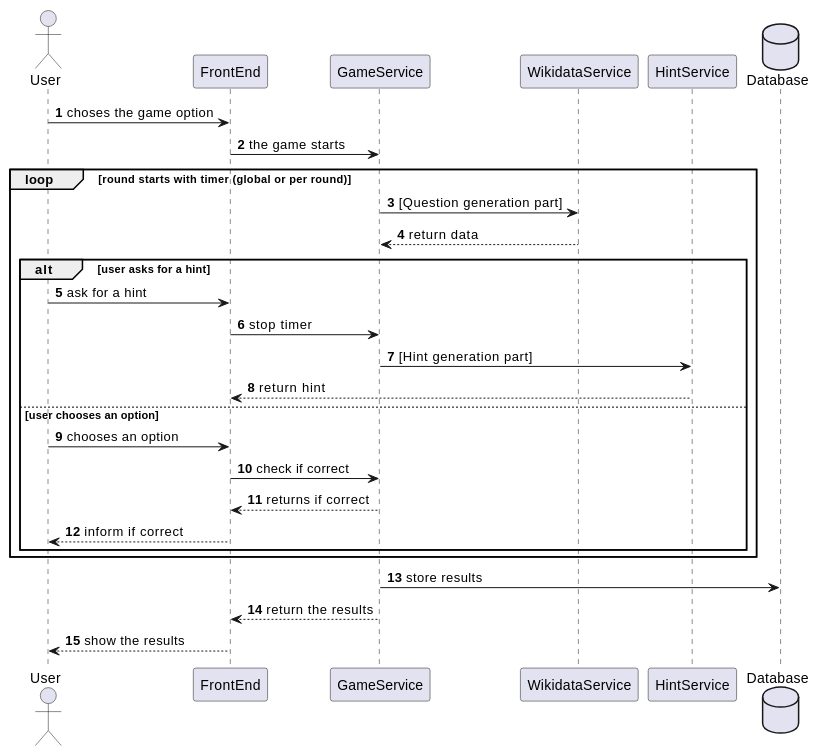
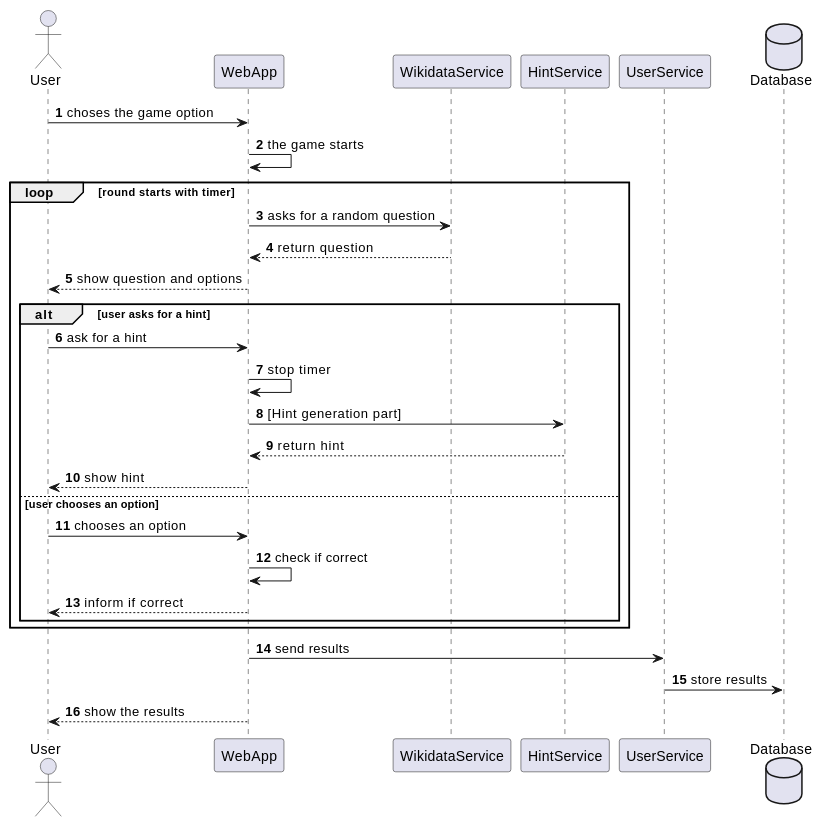
The third of 5 diagrams in docs/src/06_runtime_view.adoc (Arquisoft/wichat_en3a), drawn with PlantUML before and after one commit. The commit also changed other lines of this file, not shown here.

```diff
--- a/docs/src/06_runtime_view.adoc
+++ b/docs/src/06_runtime_view.adoc
@@ -95,32 +96,33 @@
 [plantuml,"Game diagram",png]
 ----
 autonumber
 actor User
-participant FrontEnd
-participant GameService
+participant WebApp
 participant WikidataService
 participant HintService
+participant UserService
 database Database
 
-User -> FrontEnd: choses the game option
-FrontEnd -> GameService: the game starts
-loop round starts with timer (global or per round)
-    GameService -> WikidataService: [Question generation part]
-    WikidataService --> GameService: return data
+User -> WebApp: choses the game option
+WebApp -> WebApp: the game starts
+loop round starts with timer
+    WebApp -> WikidataService: asks for a random question
+    WikidataService --> WebApp: return question
+    WebApp --> User: show question and options
     alt user asks for a hint
-        User -> FrontEnd: ask for a hint
-        FrontEnd -> GameService: stop timer
-        GameService -> HintService: [Hint generation part]
-        HintService --> FrontEnd: return hint
+        User -> WebApp: ask for a hint
+        WebApp -> WebApp: stop timer
+        WebApp -> HintService: [Hint generation part]
+        HintService --> WebApp: return hint
+        WebApp --> User: show hint
 
     else user chooses an option
-        User -> FrontEnd: chooses an option
-        FrontEnd -> GameService: check if correct
-        GameService --> FrontEnd: returns if correct
-        FrontEnd --> User: inform if correct
+        User -> WebApp: chooses an option
+        WebApp -> WebApp: check if correct
+        WebApp --> User: inform if correct
     end
 end
-GameService -> Database: store results
-GameService --> FrontEnd: return the results
-FrontEnd --> User: show the results
+WebApp -> UserService: send results
+UserService -> Database: store results
+WebApp --> User: show the results
 ----
```
